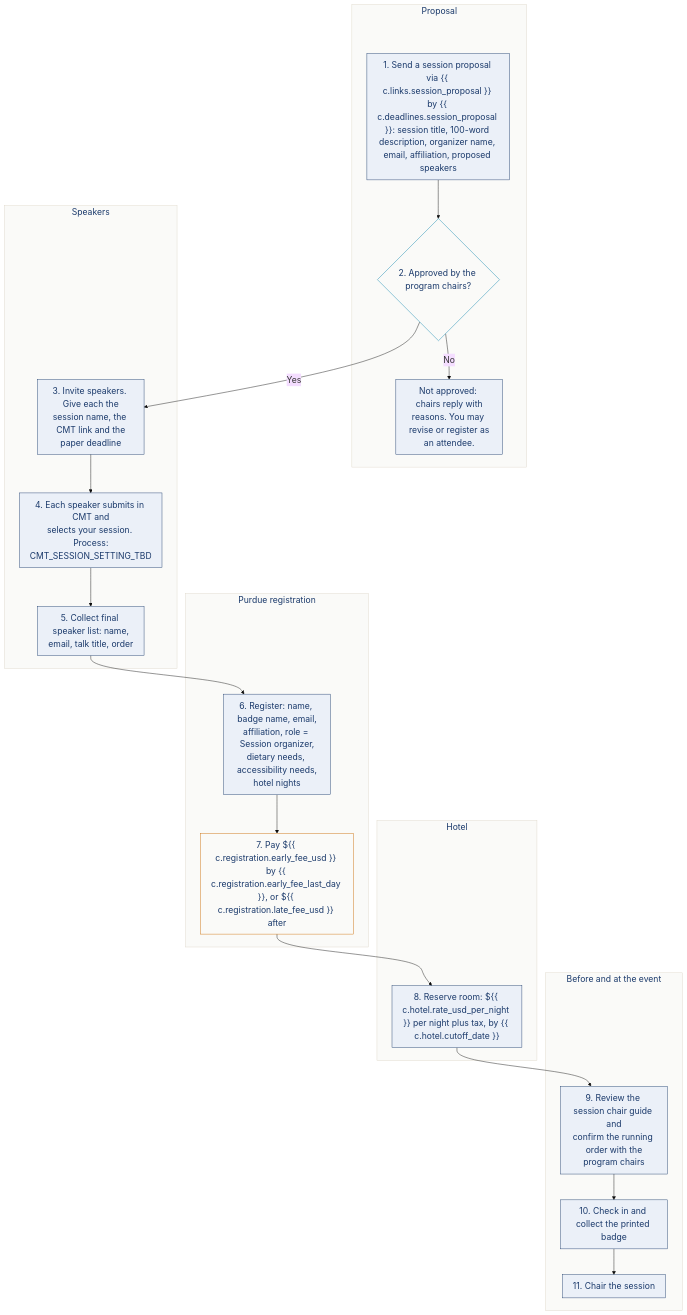
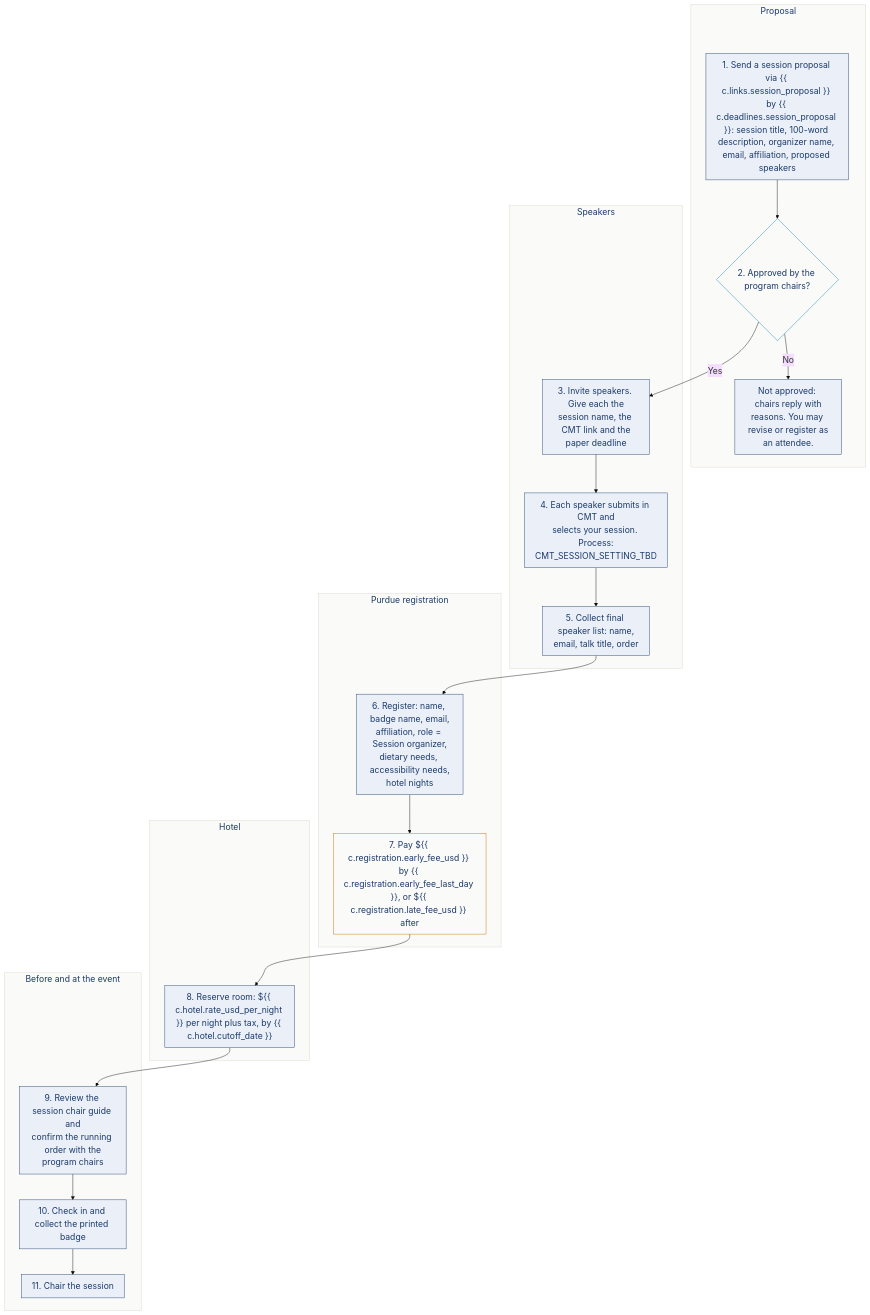
Before and after one commit to serg696f/computational-imaging.github.io: the diagram in workflows/session-organizer.md, drawn with Mermaid. The commit also changed 2 other files, not shown here.

Commit message:
Fix diagram syntax for Mermaid 9.1.3

````diff
--- a/workflows/session-organizer.md
+++ b/workflows/session-organizer.md
@@ -23,51 +23,53 @@
 ```mermaid
 %%{init: {"theme":"base","themeVariables":{"fontSize":"20px","fontFamily":"Arial, Helvetica, sans-serif"},"flowchart":{"useMaxWidth":false,"nodeSpacing":50,"rankSpacing":60,"padding":12}}}%%
 flowchart TD
   subgraph PROP["Proposal"]
-    PROP_sp[" "]:::spacer
+    PROP_sp[" "]
     S1["1. Send a session proposal via {{ c.links.session_proposal }} by {{ c.deadlines.session_proposal }}: session title, 100-word description, organizer name, email, affiliation, proposed speakers"]
     D1{"2. Approved by the program chairs?"}
     S2["Not approved: chairs reply with<br/>reasons. You may revise or register as<br/>an attendee."]
   end
   subgraph SPEAK["Speakers"]
-    SPEAK_sp[" "]:::spacer
+    SPEAK_sp[" "]
     S3["3. Invite speakers. Give each the<br/>session name, the CMT link and the<br/>paper deadline"]
     S4["4. Each speaker submits in CMT and<br/>selects your session. Process:<br/>CMT_SESSION_SETTING_TBD"]
     S5["5. Collect final speaker list: name,<br/>email, talk title, order"]
   end
   subgraph REG["Purdue registration"]
-    REG_sp[" "]:::spacer
+    REG_sp[" "]
     S6["6. Register: name, badge name, email,<br/>affiliation, role = Session organizer,<br/>dietary needs, accessibility needs,<br/>hotel nights"]
     S7["7. Pay ${{ c.registration.early_fee_usd }} by {{ c.registration.early_fee_last_day }}, or ${{ c.registration.late_fee_usd }} after"]
   end
   subgraph HOTEL["Hotel"]
-    HOTEL_sp[" "]:::spacer
+    HOTEL_sp[" "]
     S8["8. Reserve room: ${{ c.hotel.rate_usd_per_night }} per night plus tax, by {{ c.hotel.cutoff_date }}"]
   end
   subgraph EVENT["Before and at the event"]
-    EVENT_sp[" "]:::spacer
+    EVENT_sp[" "]
     S9["9. Review the session chair guide and<br/>confirm the running order with the<br/>program chairs"]
     S10["10. Check in and collect the printed badge"]
     S11["11. Chair the session"]
   end
+  PROP_sp --- S1
+  SPEAK_sp --- S3
+  REG_sp --- S6
+  HOTEL_sp --- S8
+  EVENT_sp --- S9
   S1 --> D1
   D1 -- No --> S2
   D1 -- Yes --> S3 --> S4 --> S5 --> S6 --> S7 --> S8 --> S9 --> S10 --> S11
-  PROP_sp ~~~ S1
-  SPEAK_sp ~~~ S3
-  REG_sp ~~~ S6
-  HOTEL_sp ~~~ S8
-  EVENT_sp ~~~ S9
   style PROP fill:#FAFAF8,stroke:#DDD6C8,color:#1B3A6B
   style SPEAK fill:#FAFAF8,stroke:#DDD6C8,color:#1B3A6B
   style REG fill:#FAFAF8,stroke:#DDD6C8,color:#1B3A6B
   style HOTEL fill:#FAFAF8,stroke:#DDD6C8,color:#1B3A6B
   style EVENT fill:#FAFAF8,stroke:#DDD6C8,color:#1B3A6B
   classDef step fill:#EBF0F8,stroke:#1B3A6B,color:#1B3A6B;
   classDef pay fill:#FAFAF8,stroke:#C96A00,color:#1B3A6B;
   classDef gate fill:#FAFAF8,stroke:#007EA8,color:#1B3A6B;
   class S1,S2,S3,S4,S5,S6,S8,S9,S10,S11 step;
   class S7 pay;
   class D1 gate;
   classDef spacer fill:none,stroke:none,color:#FAFAF8;
+  linkStyle 0,1,2,3,4 stroke:none,fill:none;
+  class PROP_sp,SPEAK_sp,REG_sp,HOTEL_sp,EVENT_sp spacer;
 ```
````
